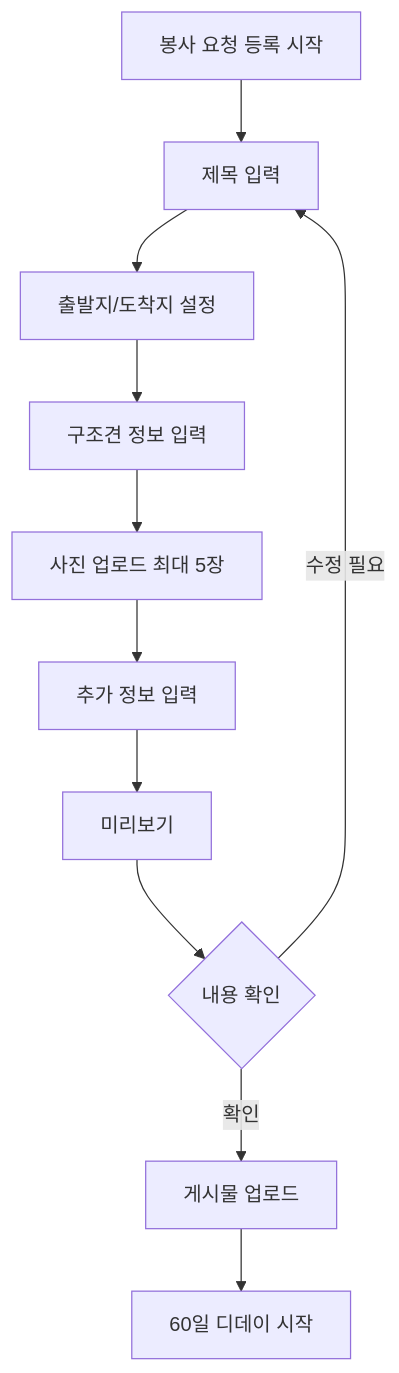
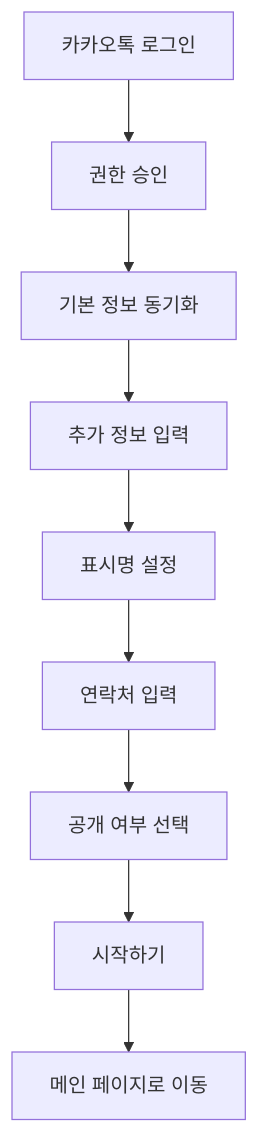
The fifth of 7 diagrams in docs/prd_document.md (cheesepizza453/move_togaether), drawn with Mermaid before and after one commit. The commit also changed other lines of this file and 15 other files, not shown here.

Commit message:
문서 업데이트: 일반 규칙 파일에 작업 내용 기록을 위한 별도 디렉토리 생성 지침 추가, PRD 문서 업데이트 제외 지침 포함. PRD 문서에 GitHub 연동 및 배포 정보 추가, UI/UX 플로우 및 반응형 디자인 가이드 업데이트. 새로운 이미지 파일 추가.

````diff
--- a/docs/prd_document.md
+++ b/docs/prd_document.md
@@ -493,13 +735,11 @@
 ```mermaid
 flowchart TD
-    A[봉사 요청 등록 시작] --> B[제목 입력]
-    B --> C[출발지/도착지 설정]
-    C --> D[구조견 정보 입력]
-    D --> E[사진 업로드 최대 5장]
-    E --> F[추가 정보 입력]
-    F --> G[미리보기]
-    G --> H{내용 확인}
-    H -->|수정 필요| B
-    H -->|확인| I[게시물 업로드]
-    I --> J[60일 디데이 시작]
+    A[카카오톡 로그인] --> B[권한 승인]
+    B --> C[기본 정보 동기화]
+    C --> D[추가 정보 입력]
+    D --> E[표시명 설정]
+    E --> F[연락처 입력]
+    F --> G[공개 여부 선택]
+    G --> H[시작하기]
+    H --> I[메인 페이지로 이동]
 ```
````
